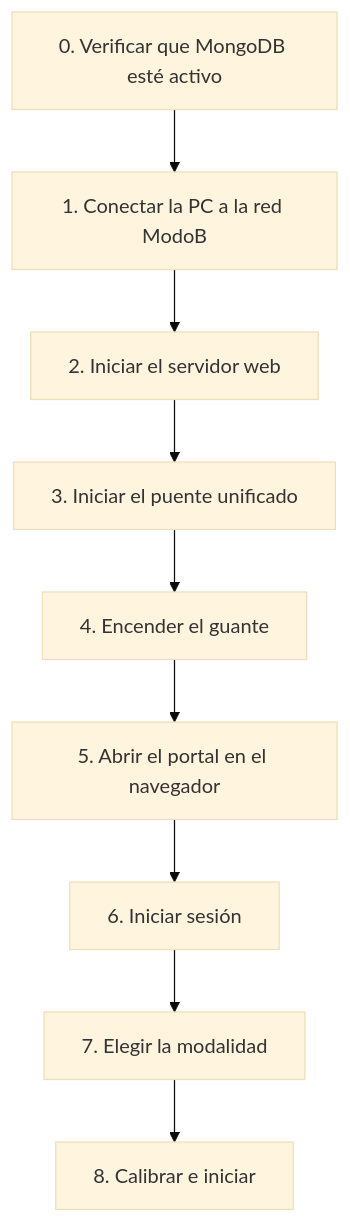
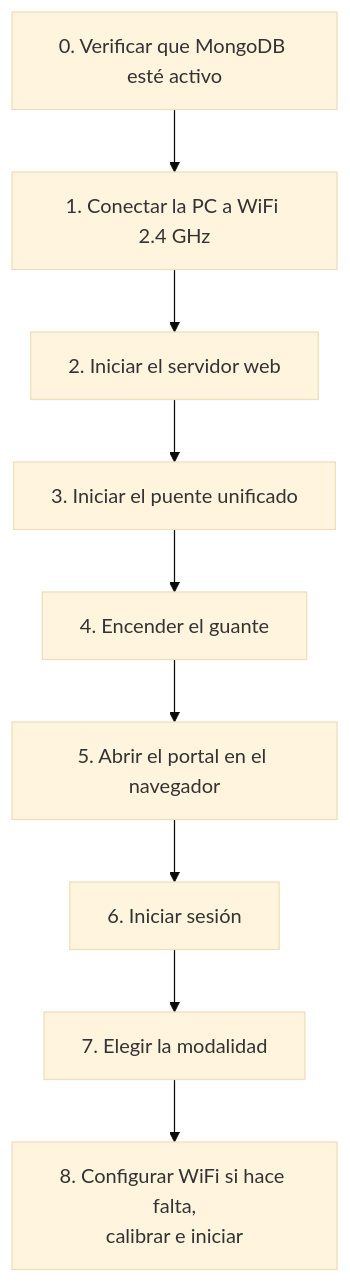
Before and after one commit to Atzelcer/Nexum_AI: the third of 9 diagrams in README.md, drawn with Mermaid (base theme). The commit also changed other lines of this file, not shown here.

Commit message:
Actualizar README: WiFi desde el panel, MongoDB en project/bd y referencia del sistema

````diff
--- a/README.md
+++ b/README.md
@@ -226,11 +230,11 @@
 ```mermaid
 flowchart TD
-    S0["0. Verificar que MongoDB esté activo"] --> S1["1. Conectar la PC a la red ModoB"]
+    S0["0. Verificar que MongoDB esté activo"] --> S1["1. Conectar la PC a WiFi 2.4 GHz"]
     S1 --> S2["2. Iniciar el servidor web"]
     S2 --> S3["3. Iniciar el puente unificado"]
     S3 --> S4["4. Encender el guante"]
     S4 --> S5["5. Abrir el portal en el navegador"]
     S5 --> S6["6. Iniciar sesión"]
     S6 --> S7["7. Elegir la modalidad"]
-    S7 --> S8["8. Calibrar e iniciar"]
+    S7 --> S8["8. Configurar WiFi si hace falta,<br/>calibrar e iniciar"]
 ```
````
